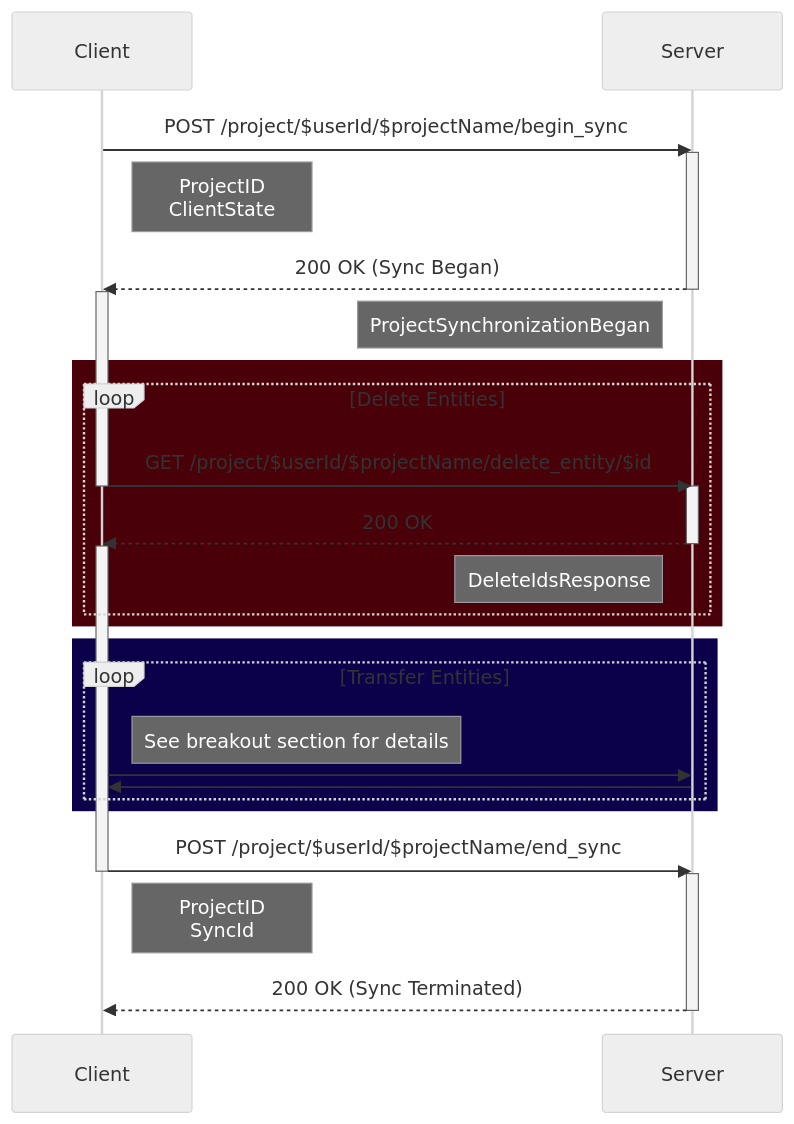
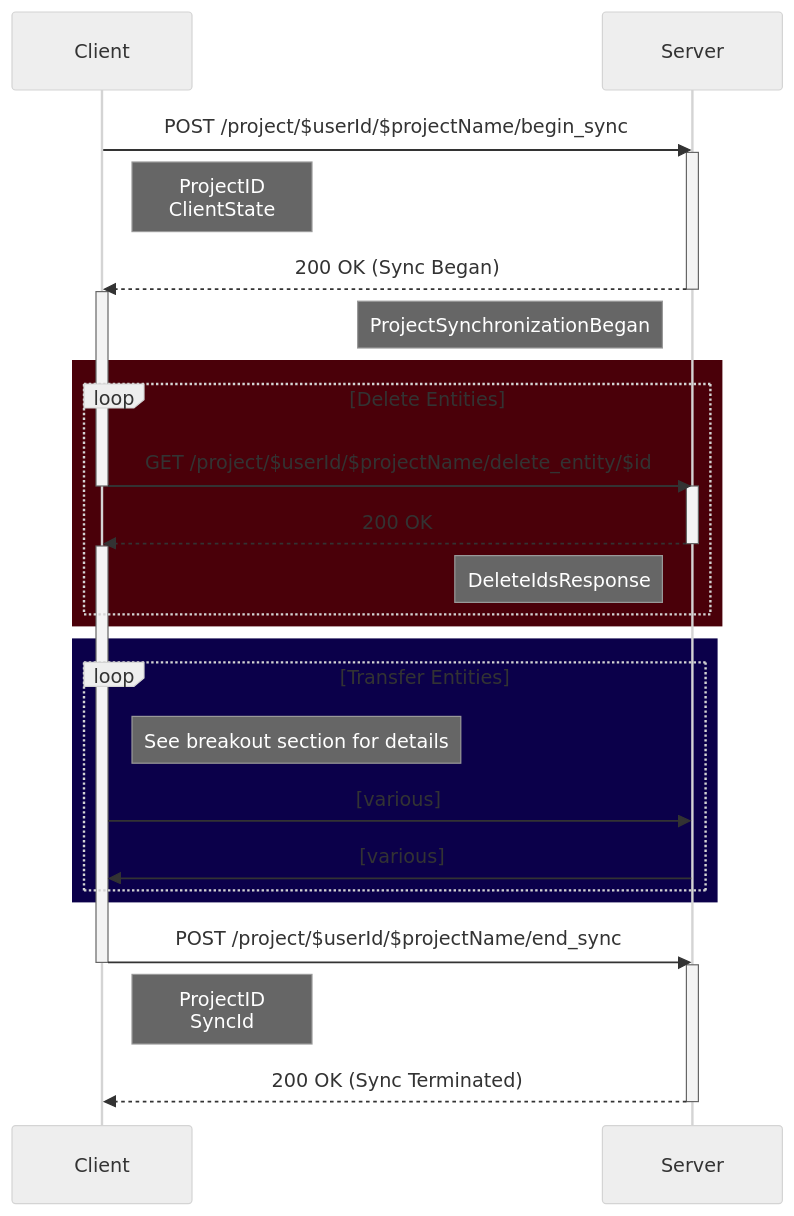
The second of 6 diagrams in docs/SYNCING-PROTOCOL.md (Darkrock-Studios/hammer-editor), drawn with Mermaid (neutral theme) before and after one commit. The commit also changed other lines of this file, not shown here.

````diff
--- a/docs/SYNCING-PROTOCOL.md
+++ b/docs/SYNCING-PROTOCOL.md
@@ -129,43 +133,43 @@
 ```mermaid
 sequenceDiagram
     participant Client
     participant Server
 
     Client->>Server: POST /project/$userId/$projectName/begin_sync
 	activate Server
 	Note right of Client: ProjectID<br/>ClientState
 
 	Server -->> Client: 200 OK (Sync Began)
 	deactivate Server
 	activate Client
 	Note left of Server: ProjectSynchronizationBegan
 
     rect rgb(74, 0, 9)
         loop Delete Entities
             Client->>Server: GET /project/$userId/$projectName/delete_entity/$id
             deactivate Client
             activate Server
             
             Server -->> Client: 200 OK
             deactivate Server
             activate Client
             Note left of Server: DeleteIdsResponse
         end
     end
 
     rect rgb(11, 0, 74)
         loop Transfer Entities
         Note right of Client: See breakout section for details
-            Client->>Server: 
-            Server->>Client: 
+			Client ->> Server: [various]
+			Server ->> Client: [various]
         end
     end
 
     Client->>Server: POST /project/$userId/$projectName/end_sync
 	deactivate Client
 	activate Server
 	Note right of Client: ProjectID<br/>SyncId
 	Server -->> Client: 200 OK (Sync Terminated)
 	deactivate Server
 	activate Client
 ```
````
